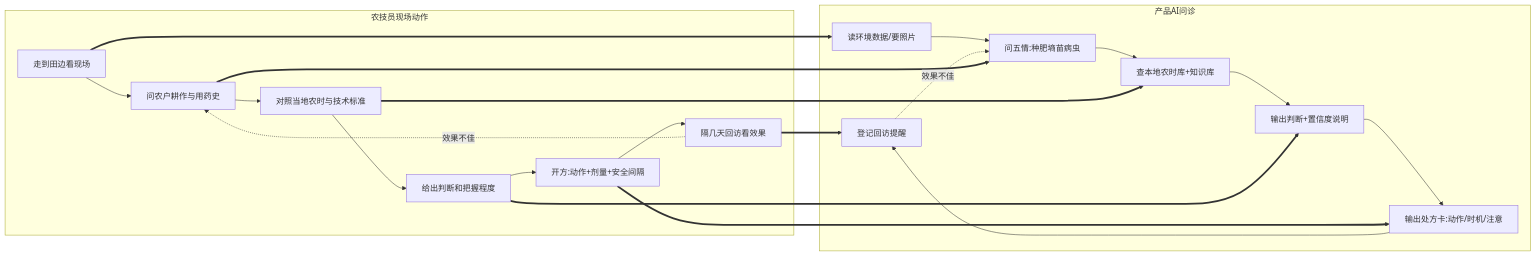
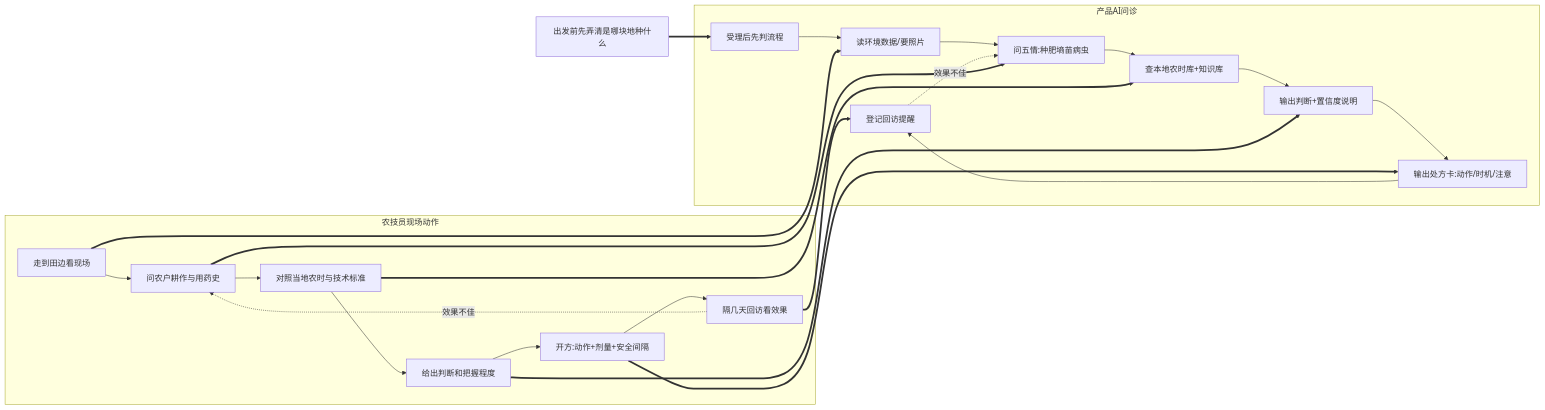
Before and after one commit to AI123-cmd/agriculuture-agent: the first of 6 diagrams in docs/话农点金_产品说明书_v2.0.md, drawn with Mermaid. The commit also changed other lines of this file, not shown here.

````diff
--- a/docs/话农点金_产品说明书_v2.0.md
+++ b/docs/话农点金_产品说明书_v2.0.md
@@ -181,27 +181,29 @@
 ```mermaid
 flowchart LR
     subgraph 农技员现场动作
         A1[走到田边看现场] --> A2[问农户耕作与用药史]
         A2 --> A3[对照当地农时与技术标准]
         A3 --> A4[给出判断和把握程度]
         A4 --> A5[开方:动作+剂量+安全间隔]
         A5 --> A6[隔几天回访看效果]
         A6 -.->|效果不佳| A2
     end
 
     subgraph 产品AI问诊
-        B1[读环境数据/要照片] --> B2[问五情:种肥墒苗病虫]
+        B0[受理后先判流程] --> B1[读环境数据/要照片]
+        B1 --> B2[问五情:种肥墒苗病虫]
         B2 --> B3[查本地农时库+知识库]
         B3 --> B4[输出判断+置信度说明]
         B4 --> B5[输出处方卡:动作/时机/注意]
         B5 --> B6[登记回访提醒]
         B6 -.->|效果不佳| B2
     end
 
+    A0[出发前先弄清是哪块地种什么] ==> B0
     A1 ==> B1
     A2 ==> B2
     A3 ==> B3
     A4 ==> B4
     A5 ==> B5
     A6 ==> B6
 ```
````
